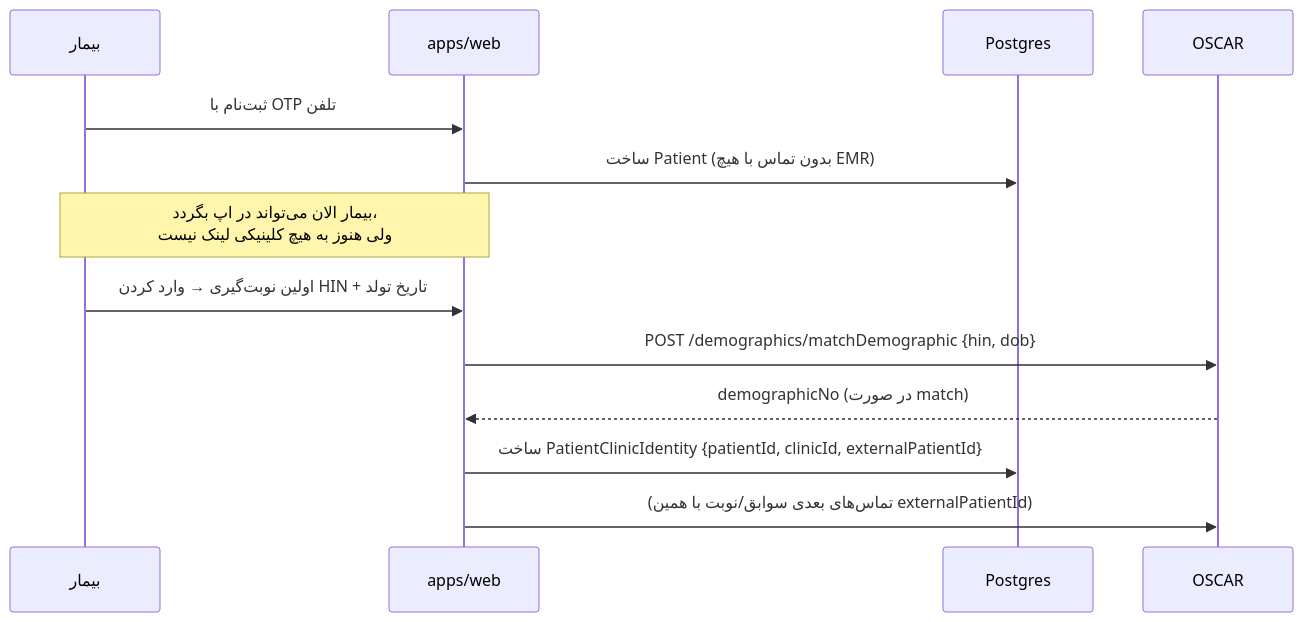
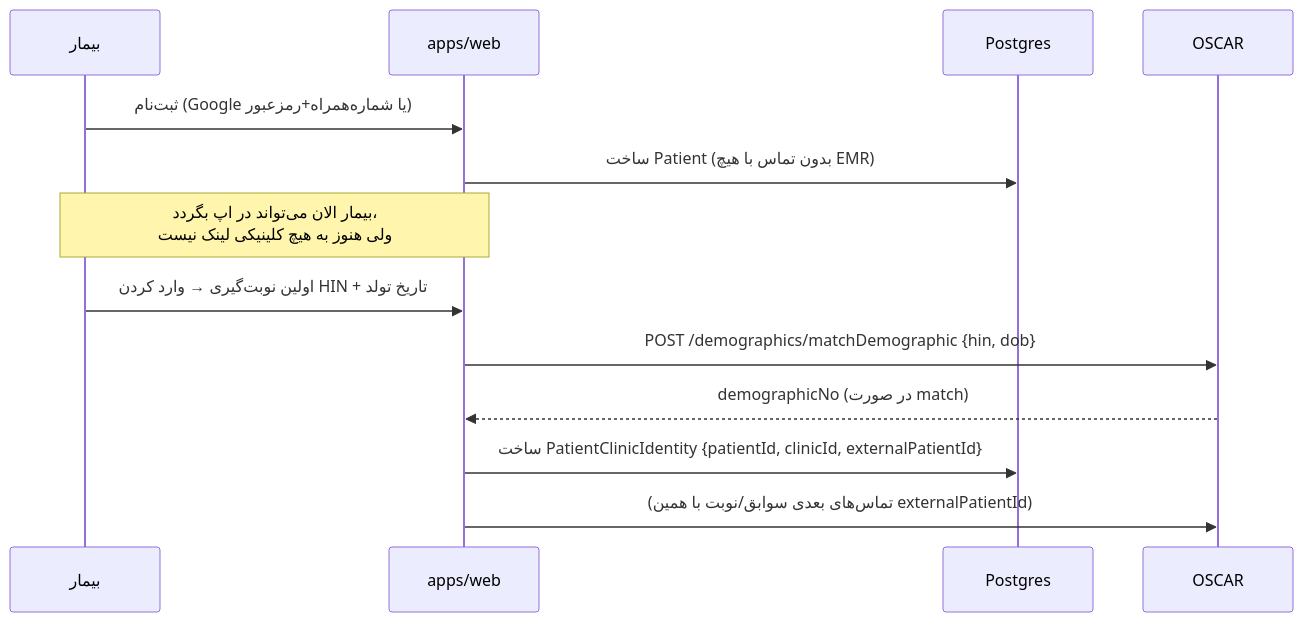
One commit to HeAkbari/medical-platform changed the third of 3 diagrams in docs/architecture/README.md. Above: the diagram before and after it, drawn with Mermaid. The commit also changed other lines of this file and 47 other files, not shown here.

````diff
--- a/docs/architecture/README.md
+++ b/docs/architecture/README.md
@@ -90,17 +93,17 @@
 ```mermaid
 sequenceDiagram
     participant U as بیمار
     participant App as apps/web
     participant DB as Postgres
     participant OSCAR
 
-    U->>App: ثبت‌نام با OTP تلفن
+    U->>App: ثبت‌نام (Google یا شماره‌همراه+رمزعبور)
     App->>DB: ساخت Patient (بدون تماس با هیچ EMR)
     Note over U,App: بیمار الان می‌تواند در اپ بگردد،<br/>ولی هنوز به هیچ کلینیکی لینک نیست
 
     U->>App: اولین نوبت‌گیری → وارد کردن HIN + تاریخ تولد
     App->>OSCAR: POST /demographics/matchDemographic {hin, dob}
     OSCAR-->>App: demographicNo (در صورت match)
     App->>DB: ساخت PatientClinicIdentity {patientId, clinicId, externalPatientId}
     App->>OSCAR: (تماس‌های بعدی سوابق/نوبت با همین externalPatientId)
 ```
````
